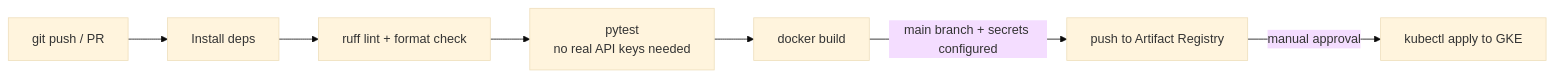
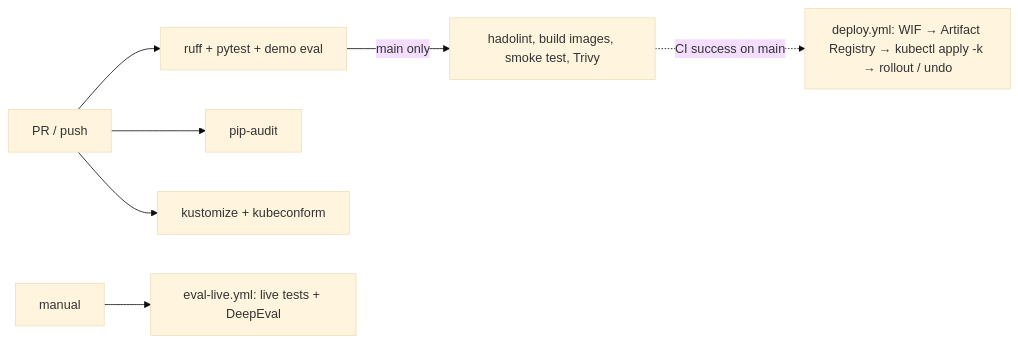
Before and after one commit to smartcharan12/ai-travel-planner: the eighth of 8 diagrams in ARCHITECTURE.md, drawn with Mermaid (base theme). The commit also changed other lines of this file and 181 other files, not shown here.

Commit message:
Complete AI travel planner production architecture

````diff
--- a/ARCHITECTURE.md
+++ b/ARCHITECTURE.md
@@ -291,7 +338,7 @@
 ```mermaid
 flowchart LR
-    P[git push / PR] --> I[Install deps] --> L[ruff lint + format check] --> T[pytest<br/>no real API keys needed]
-    T --> D[docker build]
-    D -- "main branch + secrets configured" --> PU[push to Artifact Registry]
-    PU -- "manual approval" --> DEP[kubectl apply to GKE]
+    P[PR / push] --> T[ruff + pytest + demo eval] & DA[pip-audit] & M[kustomize + kubeconform]
+    T -- main only --> I[hadolint, build images, smoke test, Trivy]
+    I -. CI success on main .-> D[deploy.yml: WIF → Artifact Registry → kubectl apply -k → rollout / undo]
+    MAN[manual] --> L[eval-live.yml: live tests + DeepEval]
 ```
````
